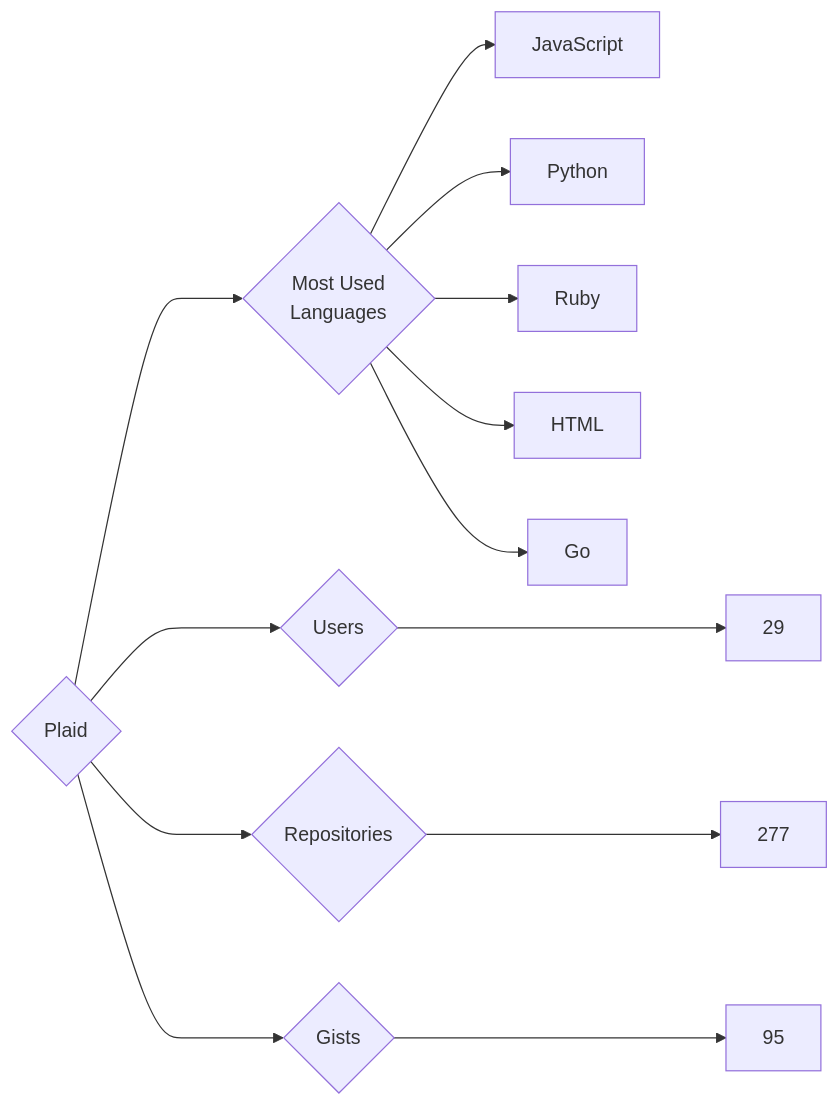
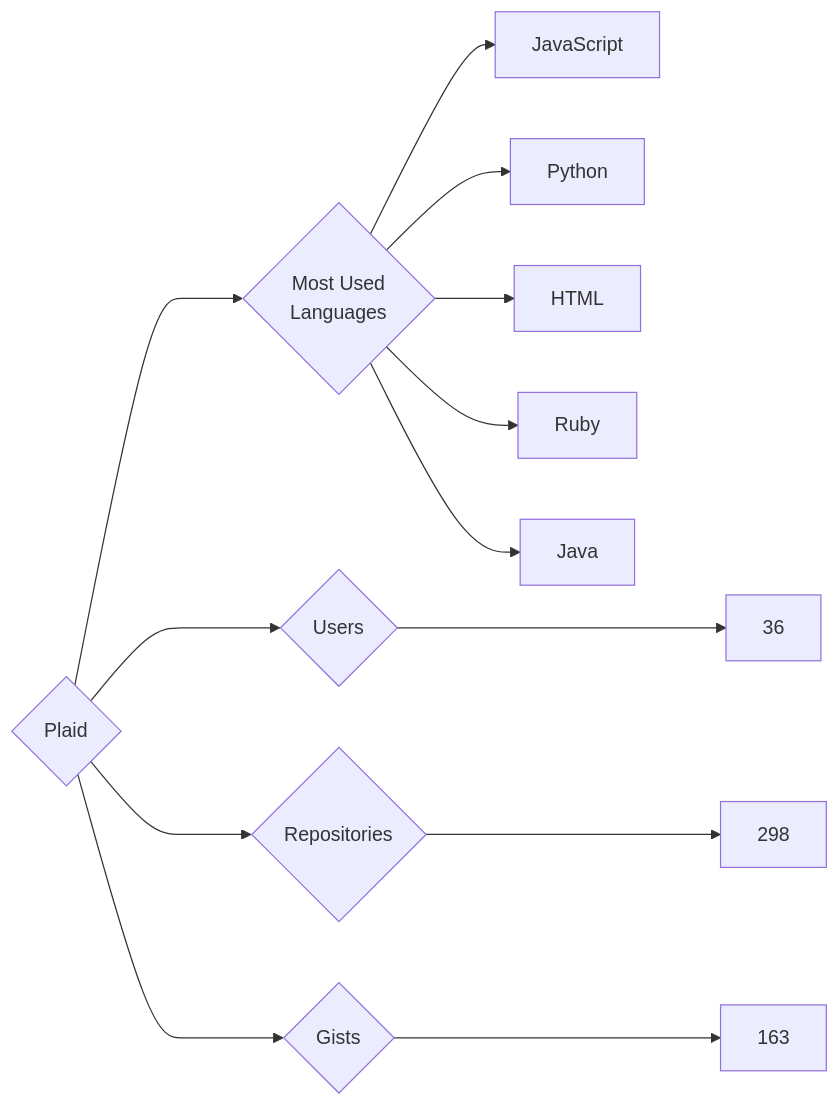
One commit to trickest/insiders changed the diagram in targets/Plaid/README.md. Above: the diagram before and after it, drawn with Mermaid. The commit also changed 955 other files, not shown here.

````diff
--- a/targets/Plaid/README.md
+++ b/targets/Plaid/README.md
@@ -3,13 +3,13 @@
 ```mermaid
 graph LR
 COMPANY_NAME{Plaid}
-COMPANY_NAME ---> U{Users} ---> UN[29]
-COMPANY_NAME ---> R{Repositories} ---> RN[277]
-COMPANY_NAME ---> G{Gists} ---> GN[95]
+COMPANY_NAME ---> U{Users} ---> UN[36]
+COMPANY_NAME ---> R{Repositories} ---> RN[298]
+COMPANY_NAME ---> G{Gists} ---> GN[163]
 COMPANY_NAME ---> ML{Most Used<br>Languages}
 ML --> JavaScript[JavaScript]
 ML --> Python[Python]
+ML --> HTML[HTML]
 ML --> Ruby[Ruby]
-ML --> HTML[HTML]
-ML --> Go[Go]
+ML --> Java[Java]
 ```
````
